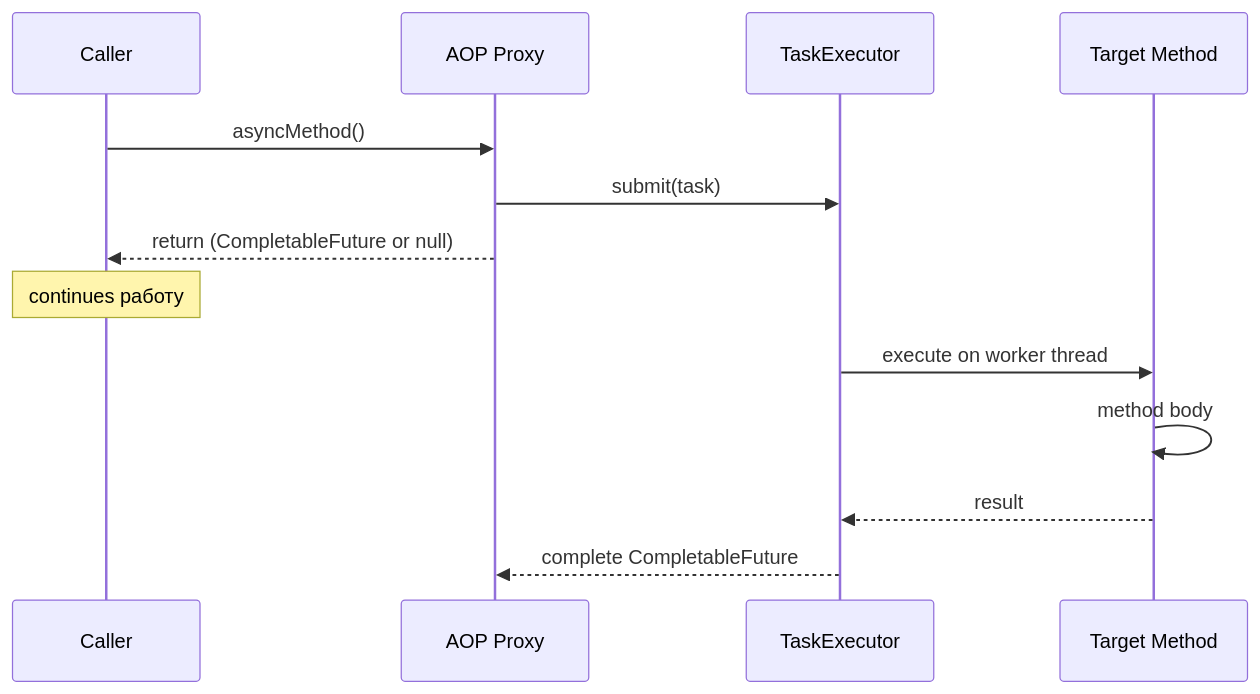
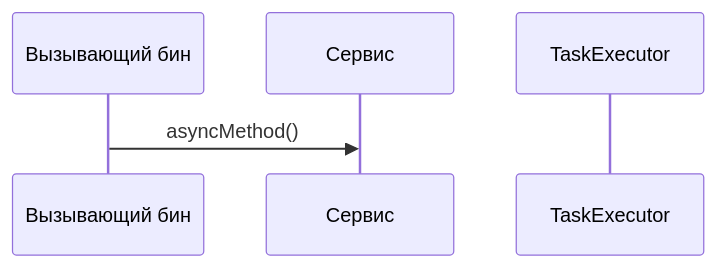
Before and after one commit to akeverus/cheat-sheet: the diagram in cheatsheets/interview/frameworks/spring/spring-async-interview.md, drawn with Mermaid. The commit also changed other lines of this file and 2 other files, not shown here.

Commit message:
Восстановить MCQ и шпаргалку Spring Async

````diff
--- a/cheatsheets/interview/frameworks/spring/spring-async-interview.md
+++ b/cheatsheets/interview/frameworks/spring/spring-async-interview.md
@@ -132,16 +130,8 @@
 ```mermaid
 sequenceDiagram
-    participant Caller
-    participant Proxy as AOP Proxy
+    participant Caller as Вызывающий бин
+    participant Service as Сервис
     participant Executor as TaskExecutor
-    participant Target as Target Method
 
-    Caller->>Proxy: asyncMethod()
-    Proxy->>Executor: submit(task)
-    Proxy-->>Caller: return (CompletableFuture or null)
-    Note over Caller: continues работу
-    Executor->>Target: execute on worker thread
-    Target->>Target: method body
-    Target-->>Executor: result
-    Executor-->>Proxy: complete CompletableFuture
+    Caller->>Service: asyncMethod()
 ```
````
